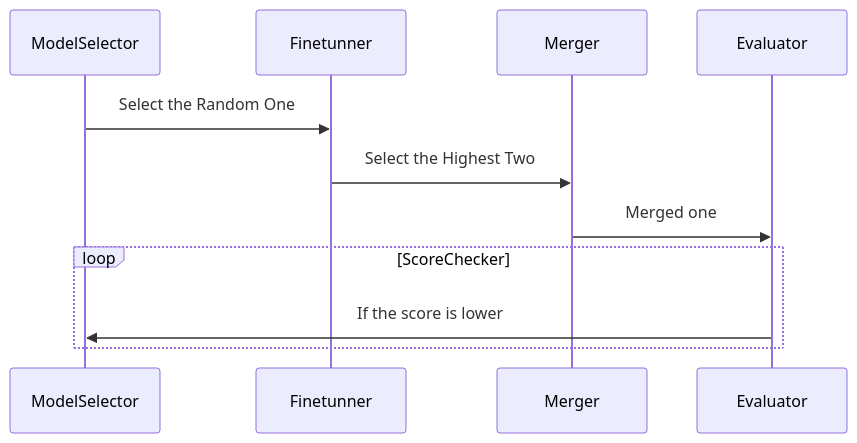
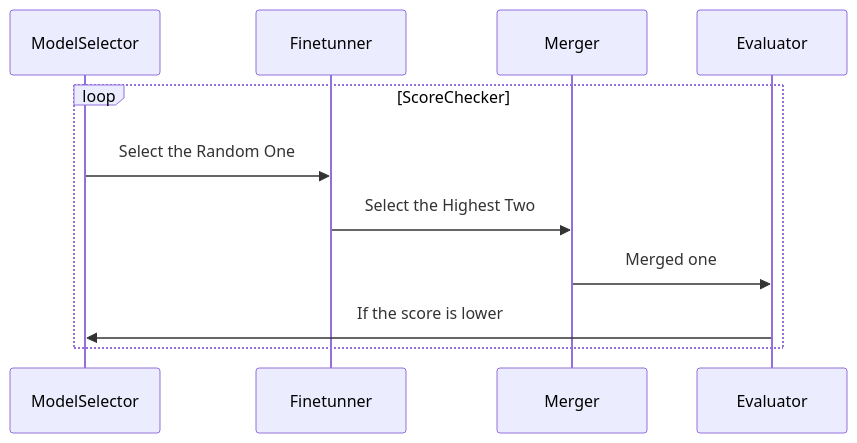
The diagram in README.md (javafa/javafa), drawn with Mermaid before and after one commit.

````diff
--- a/README.md
+++ b/README.md
@@ -18,13 +18,13 @@
 ```mermaid
 sequenceDiagram
     participant ModelSelector
     participant Finetunner
     participant Merger
     participant Evaluator
-    ModelSelector->>Finetunner: Select the Random One
-    Finetunner->>Merger: Select the Highest Two
-    Merger->>Evaluator: Merged one
     loop ScoreChecker
+        ModelSelector->>Finetunner: Select the Random One
+        Finetunner->>Merger: Select the Highest Two
+        Merger->>Evaluator: Merged one
         Evaluator->>ModelSelector: If the score is lower
     end
 ```
````
